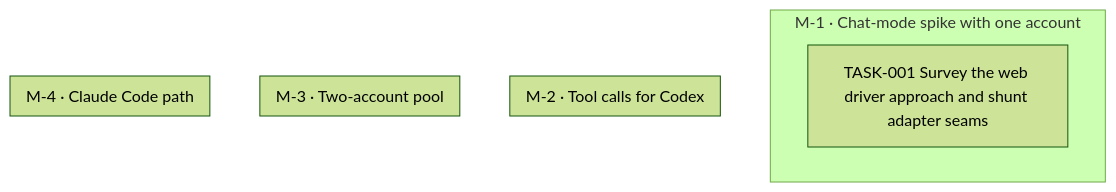
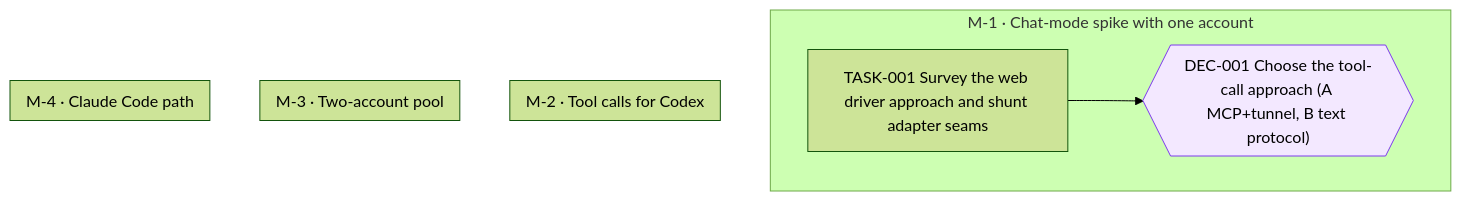
Before and after one commit to jesusvillota/shunt: the diagram in goals/chatgptweb-provider/README.md, drawn with Mermaid (forest theme). The commit also changed 1 other file, not shown here.

Commit message:
goal(chatgptweb-provider): add DEC-001 Choose the tool-call approach (A MCP+tunnel, B text protocol)

````diff
--- a/goals/chatgptweb-provider/README.md
+++ b/goals/chatgptweb-provider/README.md
@@ -132,15 +132,18 @@
 ```mermaid
 flowchart TD
   subgraph M_1["M-1 · Chat-mode spike with one account"]
+    DEC_001{{"DEC-001 Choose the tool-call approach (A MCP+tunnel, B text protocol)"}}
     TASK_001["TASK-001 Survey the web driver approach and shunt adapter seams"]
   end
   subgraph M_2["M-2 · Tool calls for Codex"]
   end
   subgraph M_3["M-3 · Two-account pool"]
   end
   subgraph M_4["M-4 · Claude Code path"]
   end
+  TASK_001 --> DEC_001
   classDef draft stroke-dasharray: 4 3
   classDef cancelled opacity:0.45
   classDef decision fill:#f3e8ff,stroke:#7c3aed
+  class DEC_001 decision
 ```
````
